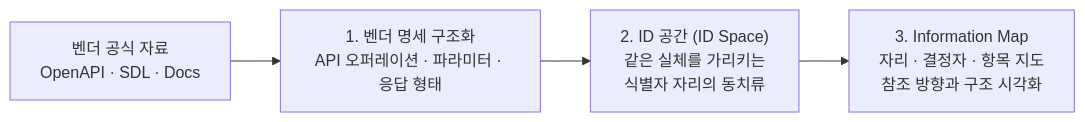
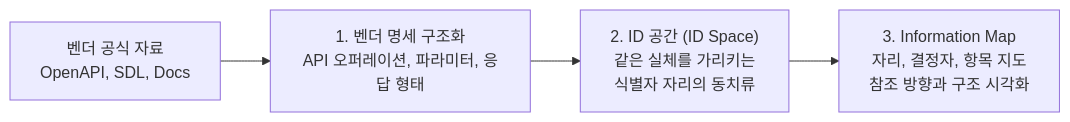
The diagram in docs/02-methodology/02-ir-and-information-map.md (AEGI-Inc/aegi-framework), drawn with Mermaid before and after one commit. The commit also changed other lines of this file and 33 other files, not shown here.

````diff
--- a/docs/02-methodology/02-ir-and-information-map.md
+++ b/docs/02-methodology/02-ir-and-information-map.md
@@ -17,6 +13,6 @@
 ```mermaid
 flowchart LR
-  V["벤더 공식 자료<br/>OpenAPI · SDL · Docs"] --> S["1. 벤더 명세 구조화<br/>API 오퍼레이션 · 파라미터 · 응답 형태"]
+  V["벤더 공식 자료<br/>OpenAPI, SDL, Docs"] --> S["1. 벤더 명세 구조화<br/>API 오퍼레이션, 파라미터, 응답 형태"]
   S --> IDS["2. ID 공간 (ID Space)<br/>같은 실체를 가리키는<br/>식별자 자리의 동치류"]
-  IDS --> IM["3. Information Map<br/>자리 · 결정자 · 항목 지도<br/>참조 방향과 구조 시각화"]
+  IDS --> IM["3. Information Map<br/>자리, 결정자, 항목 지도<br/>참조 방향과 구조 시각화"]
 ```
````
